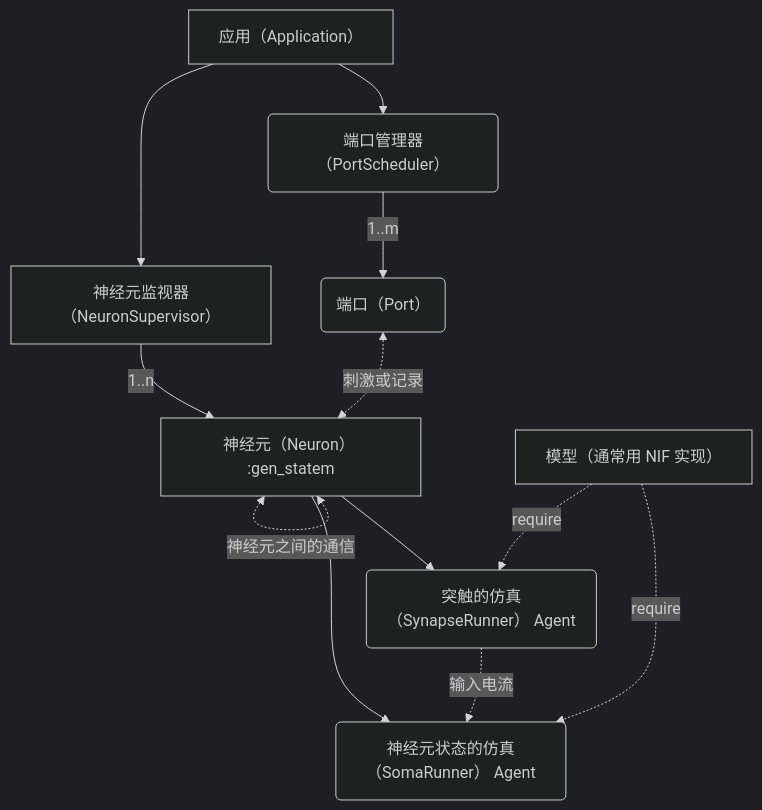
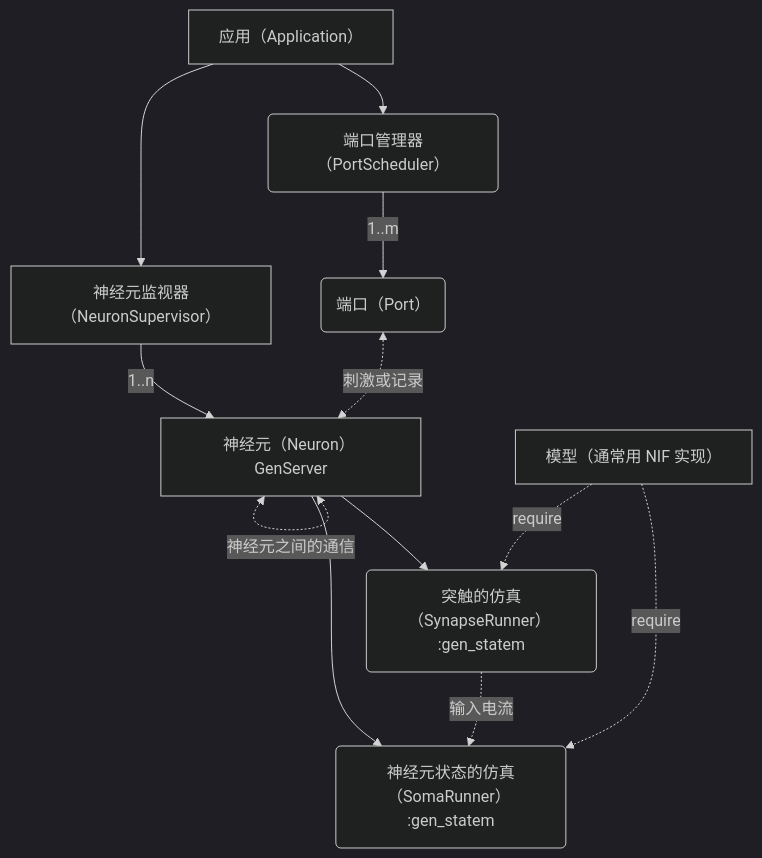
The diagram in README.zh-Hans.md (GES233/Glowworm), drawn with Mermaid (dark theme) before and after one commit. The commit also changed other lines of this file and 7 other files, not shown here.

Commit message:
重构应用，`Runners` 基于 `:gen_statem` 而 `Neuron` 基于 `GenServer`

````diff
--- a/README.zh-Hans.md
+++ b/README.zh-Hans.md
@@ -42,14 +42,14 @@
 ```mermaid
 graph TD
   Application["应用（Application）"] --> NeuronSupervisor["神经元监视器（NeuronSupervisor）"]
-  NeuronSupervisor --1..n--> Neuron["神经元（Neuron） :gen_statem"]
+  NeuronSupervisor --1..n--> Neuron["神经元（Neuron） GenServer"]
   Application --> PortScheduler("端口管理器（PortScheduler）")
   PortScheduler --1..m--> Port("端口（Port）")
   Port <-.刺激或记录.-> Neuron
   Neuron <-.神经元之间的通信.-> Neuron
-  Neuron --> SomaRunner("神经元状态的仿真（SomaRunner） Agent")
-  Neuron --> SynapseRunner("突触的仿真（SynapseRunner） Agent")
+  Neuron --> SomaRunner("神经元状态的仿真（SomaRunner） :gen_statem")
+  Neuron --> SynapseRunner("突触的仿真（SynapseRunner） :gen_statem")
   SynapseRunner -.输入电流.-> SomaRunner
   Models["模型（通常用 NIF 实现）"] -.require.-> SomaRunner
   Models["模型（通常用 NIF 实现）"] -.require.-> SynapseRunner
 ```
````
